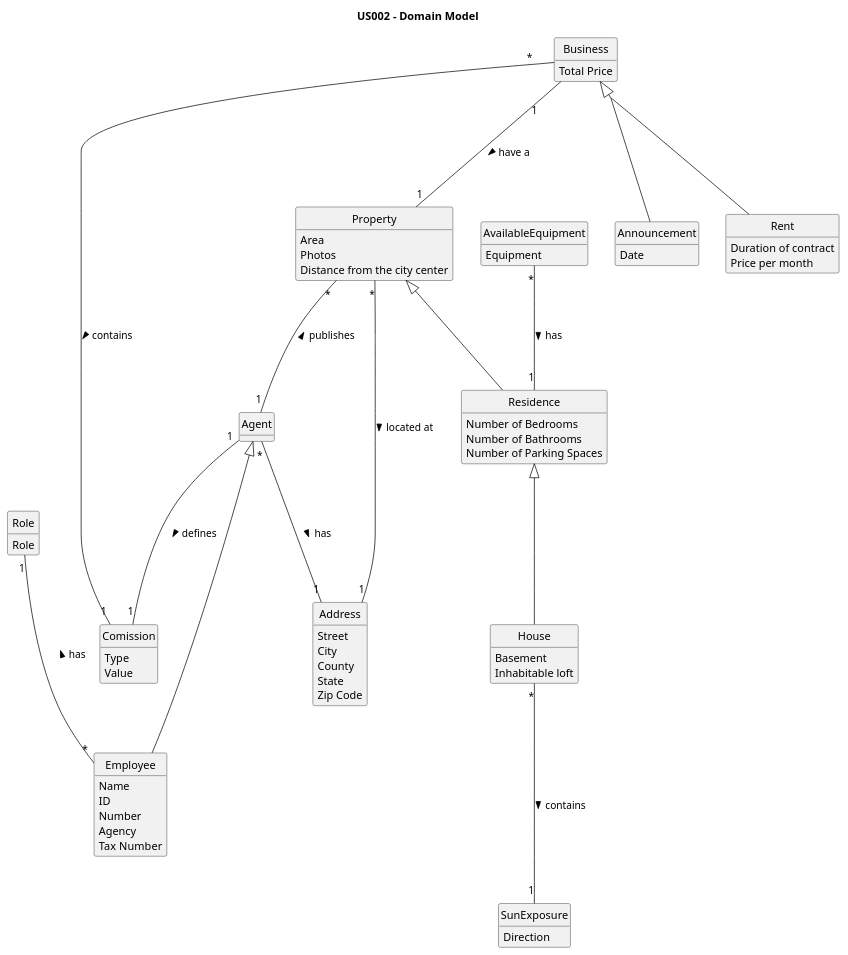
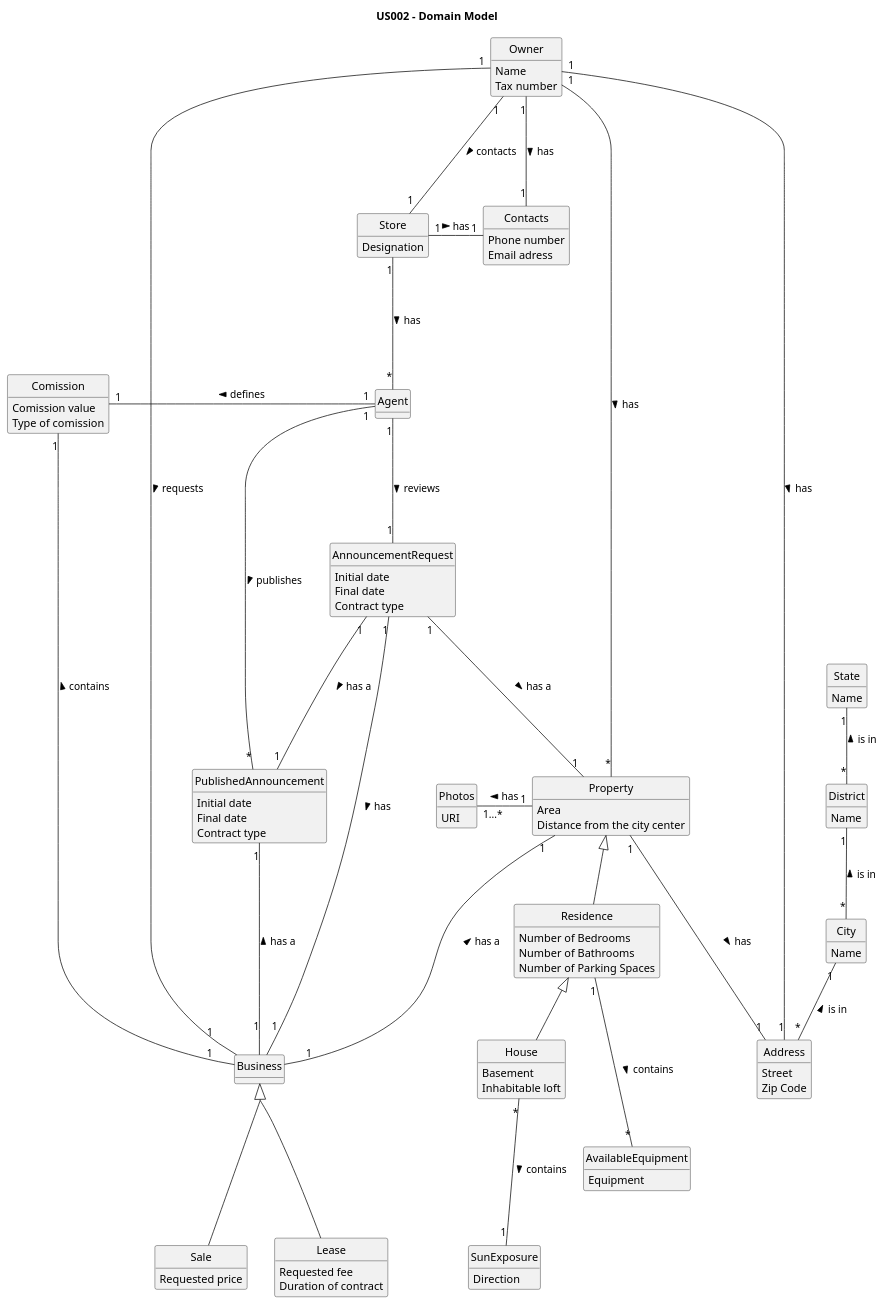
One commit to PureNimble/ISEP-LAPR2 changed the diagram in docs/sprintB/US02/02.analysis/puml/us02-domain-model.puml. Above: the diagram before and after it, drawn with PlantUML. The commit also changed 2 other files, not shown here.

```diff
--- a/docs/sprintB/US02/02.analysis/puml/us02-domain-model.puml
+++ b/docs/sprintB/US02/02.analysis/puml/us02-domain-model.puml
@@ -1,134 +1,139 @@
 @startuml
 
 skinparam groupInheritance 2
 skinparam monochrome true
 skinparam packageStyle rectangle
 skinparam shadowing false
 'skinparam linetype ortho
 'left to right direction
 skinparam classAttributeIconSize 0
 hide circle
 hide methods
 
 title US002 - Domain Model
 
-class Property
+class Address{
+Street
+Zip Code
+}
 
-class Comission
+class City{
+Name
+}
 
-class Announcement
+class District{
+Name
+}
 
-class Business
-
-class House
-
-class Role
-
-class Residence
-
-class Address
-
-class AvailableEquipment
-
-class Agent
-
-class SunExposure
-
-class Employee
+class State{
+Name
+}
 
 
-class Agent {
+State "1"-- "*" District: is in <
+District "1"-- "*" City: is in <
+City "1"-- "*" Address: is in <
+
+
+class Contacts {
+Phone number
+Email adress
 }
 
-class Residence{
+class Business {
+}
+
+class Store {
+Designation
+}
+
+class Owner {
+Name
+Tax number
+}
+
+Owner "1" -down-- "1" Contacts: has >
+Store "1" -right-- "1" Contacts: has >
+Address "1" -left-- "1" Owner: has <
+Owner "1" -down-- "1" Store: contacts >
+Agent "*" -up-- "1" Store: has <
+
+
+class Residence {
 Number of Bedrooms
 Number of Bathrooms
 Number of Parking Spaces
  }
 
-
 class Property {
 Area
-Photos
 Distance from the city center
 }
 
+class Photos{
+URI
+}
 
 class House {
 Basement
 Inhabitable loft
 }
 
-
 class SunExposure {
 Direction
-}
-
-class Address {
-Street
-City
-County
-State
-Zip Code
-}
-
-class Employee {
-Name
-ID
-Number
-Agency
-Tax Number
-}
-
-class Comission {
-Type
-Value
 }
 
 class AvailableEquipment {
 Equipment
 }
 
-class Business {
-Total Price
+Residence <|-down- House
+Property <|-down- Residence
+Property "1" -left-- "1...*" Photos: has >
+SunExposure "1" -up-- "*" House: contains <
+Address "1" -up-- "1" Property: has <
+Owner "1" -down-- "*" Property: has >
+AvailableEquipment "*" -up-- "1" Residence: contains <
+
+
+class Comission{
+Comission value
+Type of comission
 }
 
-class Announcement {
-Date
+
+class Sale{
+Requested price
 }
 
-class Role {
-Role
+class Lease {
+Requested fee
+Duration of contract
 }
 
-class Rent {
-Duration of contract
-Price per month
+class AnnouncementRequest{
+Initial date
+Final date
+Contract type
 }
 
-Residence <|--- House
-Property <|--- Residence
-Business <|--- Rent
+class PublishedAnnouncement {
+Initial date
+Final date
+Contract type
+}
 
-Business "*" --- "1" Comission : contains >
-Business "1" --- "1" Property : have a >
-
-Business  <|---  Announcement
-
-Property "*" --- "1" Agent: publishes <
-Property "*" --- "1" Address : located at >
-
-House "*" --- "1" SunExposure : contains >
-
-AvailableEquipment "*" --- "1" Residence: has >
-
-Role "1" --- "*" Employee : has <
-
-Agent "*" --- "1" Address : has >
-Agent <|---- Employee
-Agent "1" --- "1" Comission : defines >
-
-
-
+Comission "1" -right-- "1" Agent: defines <
+Comission "1" --- "1" Business: contains <
+Owner "1" --- "1" Business: requests >
+Property "1" --- "1" Business: has a <
+AnnouncementRequest "1" --- "1" Business: has >
+Agent "1" --- "1" AnnouncementRequest : reviews >
+AnnouncementRequest "1" --- "1" Property: has a >
+AnnouncementRequest "1" --- "1" PublishedAnnouncement: has a >
+PublishedAnnouncement "*" --- "1" Agent: publishes <
+PublishedAnnouncement "1" --- "1" Business: has a <
+Business <|--- Lease
+Business <|--- Sale
 
 @enduml
```
